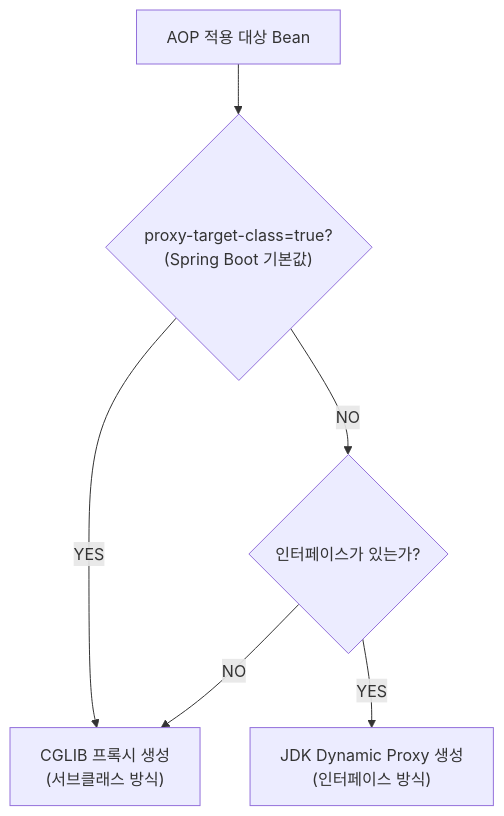
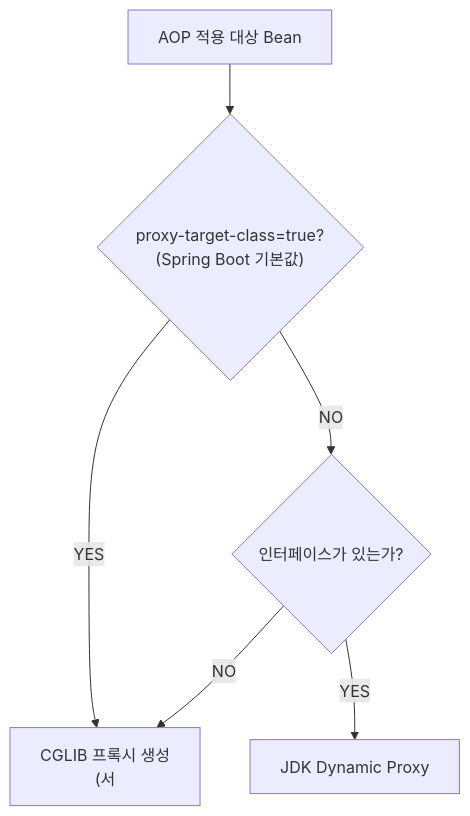
Before and after one commit to yjkim2015/yjkim2015.github.io: the second of 5 diagrams in _posts/spring/2026-05-01-spring-aop.md, drawn with Mermaid. The commit also changed other lines of this file and 271 other files, not shown here.

First line of the commit message:
Mermaid 라벨 축소: 긴 노드 텍스트 18자 이하로 트림 + \n 제거

````diff
--- a/_posts/spring/2026-05-01-spring-aop.md
+++ b/_posts/spring/2026-05-01-spring-aop.md
@@ -336,8 +336,8 @@
 ```mermaid
 graph TD
     A["AOP 적용 대상 Bean"] --> B{"proxy-target-class=true?<br>(Spring Boot 기본값)"}
-    B -->|"YES"| E["CGLIB 프록시 생성<br>(서브클래스 방식)"]
+    B -->|"YES"| E["CGLIB 프록시 생성<br>(서"]
     B -->|"NO"| C{"인터페이스가 있는가?"}
-    C -->|"YES"| D["JDK Dynamic Proxy 생성<br>(인터페이스 방식)"]
+    C -->|"YES"| D["JDK Dynamic Proxy"]
     C -->|"NO"| E
 ```
````
